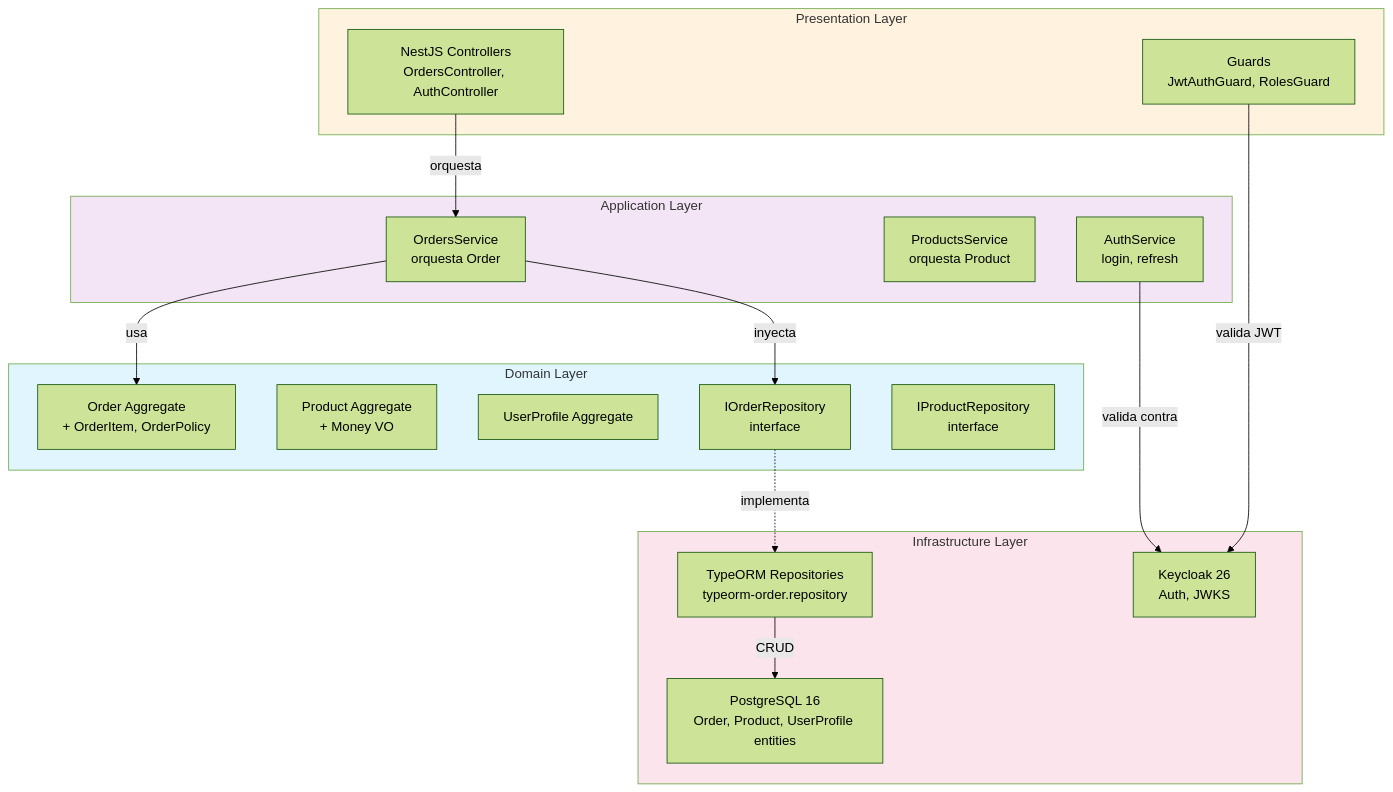
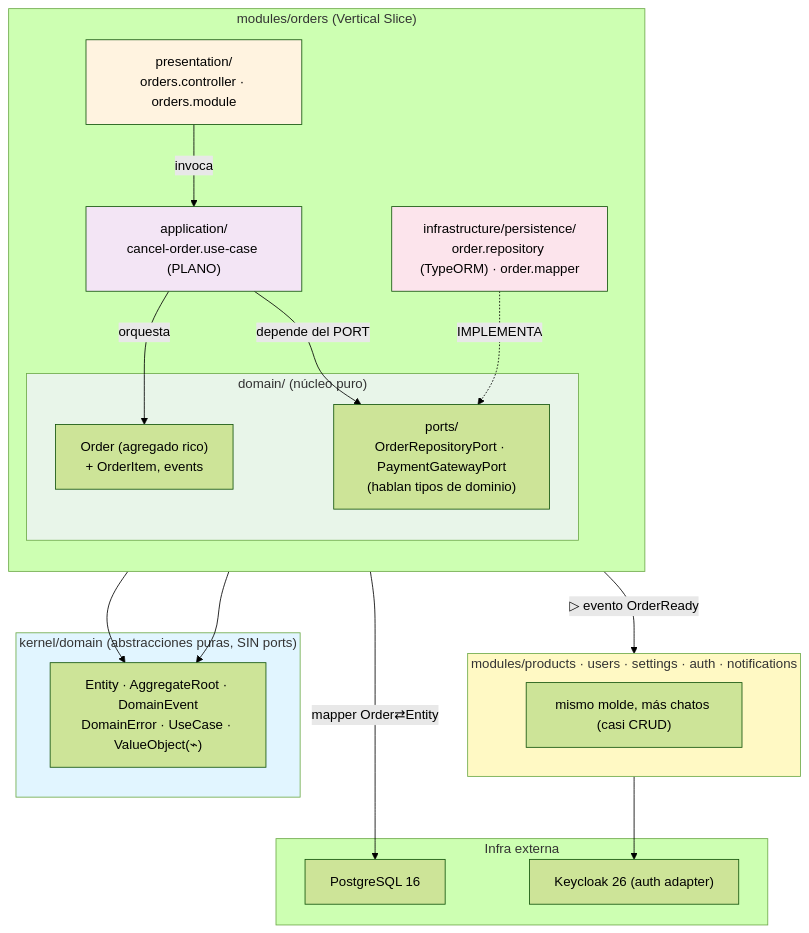
Before and after one commit to EmmaAle11/Proyecto---UTC---Innovacion: the second of 4 diagrams in UTC-Proyecto/.claude/Architecture.md, drawn with Mermaid (forest theme). The commit also changed other lines of this file and 5 other files, not shown here.

````diff
--- a/UTC-Proyecto/.claude/Architecture.md
+++ b/UTC-Proyecto/.claude/Architecture.md
@@ -1009,40 +997,43 @@
 ```mermaid
 graph TB
-    subgraph Domain["Domain Layer"]
-        OA["Order Aggregate<br/>+ OrderItem, OrderPolicy"]
-        PA["Product Aggregate<br/>+ Money VO"]
-        UPA["UserProfile Aggregate"]
-        ORep["IOrderRepository<br/>interface"]
-        PRep["IProductRepository<br/>interface"]
+    subgraph Kernel["kernel/domain (abstracciones puras, SIN ports)"]
+        K["Entity · AggregateRoot · DomainEvent<br/>DomainError · UseCase · ValueObject(⌁)"]
     end
-    
-    subgraph Application["Application Layer"]
-        OS["OrdersService<br/>orquesta Order"]
-        PS["ProductsService<br/>orquesta Product"]
-        AuthS["AuthService<br/>login, refresh"]
+
+    subgraph OrdersMod["modules/orders (Vertical Slice)"]
+        direction TB
+        OPres["presentation/<br/>orders.controller · orders.module"]
+        OApp["application/<br/>cancel-order.use-case (PLANO)"]
+        subgraph ODom["domain/ (núcleo puro)"]
+            OA["Order (agregado rico)<br/>+ OrderItem, events"]
+            OPort["ports/<br/>OrderRepositoryPort · PaymentGatewayPort<br/>(hablan tipos de dominio)"]
+        end
+        OInfra["infrastructure/persistence/<br/>order.repository (TypeORM) · order.mapper"]
     end
-    
-    subgraph Infrastructure["Infrastructure Layer"]
-        TypeORM["TypeORM Repositories<br/>typeorm-order.repository"]
-        DB["PostgreSQL 16<br/>Order, Product, UserProfile entities"]
-        KC["Keycloak 26<br/>Auth, JWKS"]
+
+    subgraph OtherMods["modules/products · users · settings · auth · notifications"]
+        OM["mismo molde, más chatos (casi CRUD)"]
     end
-    
-    subgraph Presentation["Presentation Layer"]
-        Ctrl["NestJS Controllers<br/>OrdersController, AuthController"]
-        Guards["Guards<br/>JwtAuthGuard, RolesGuard"]
+
+    subgraph Ext["Infra externa"]
+        DB["PostgreSQL 16"]
+        KC["Keycloak 26 (auth adapter)"]
     end
-    
-    Ctrl -->|orquesta| OS
-    OS -->|usa| OA
-    OS -->|inyecta| ORep
-    ORep -.->|implementa| TypeORM
-    TypeORM -->|CRUD| DB
-    AuthS -->|valida contra| KC
-    Guards -->|valida JWT| KC
-    
-    style Domain fill:#e1f5ff
-    style Application fill:#f3e5f5
-    style Infrastructure fill:#fce4ec
-    style Presentation fill:#fff3e0
+
+    OPres -->|invoca| OApp
+    OApp -->|orquesta| OA
+    OApp -->|depende del PORT| OPort
+    OInfra -.->|IMPLEMENTA| OPort
+    OInfra -->|mapper Order⇄Entity| DB
+    OA --> K
+    OPort --> K
+    OrdersMod -->|▷ evento OrderReady| OtherMods
+    OtherMods --> KC
+
+    style Kernel fill:#e1f5ff
+    style ODom fill:#e8f5e9
+    style OApp fill:#f3e5f5
+    style OInfra fill:#fce4ec
+    style OPres fill:#fff3e0
+    style OtherMods fill:#fff9c4
 ```
````
